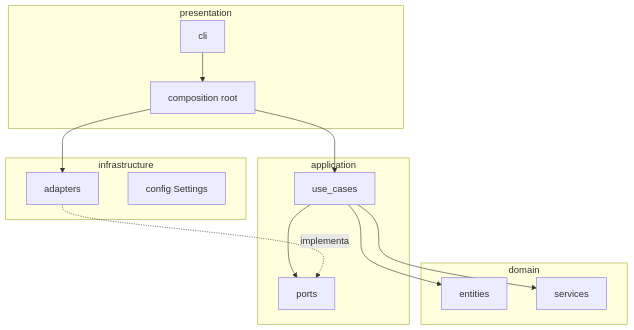
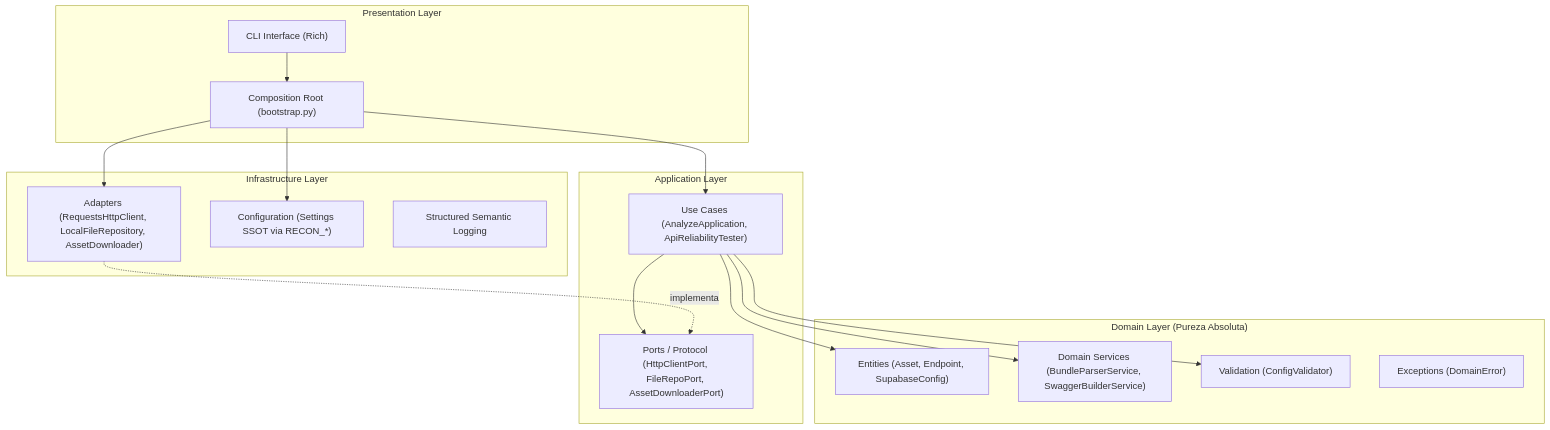
Before and after one commit to victorh-silveira/supabase-recon: the diagram in docs/arquitetura.md, drawn with Mermaid. The commit also changed other lines of this file and 85 other files, not shown here.

````diff
--- a/docs/arquitetura.md
+++ b/docs/arquitetura.md
@@ -7,26 +11,35 @@
 ```mermaid
 flowchart TB
-  subgraph presentation [presentation]
-    CLI[cli]
-    Root[composition root]
-  end
-  subgraph application [application]
-    UC[use_cases]
-    Ports[ports]
-  end
-  subgraph domain [domain]
-    Ent[entities]
-    Svc[services]
-  end
-  subgraph infrastructure [infrastructure]
-    Adapters[adapters]
-    Cfg[config Settings]
-  end
-  CLI --> Root
-  Root --> UC
-  Root --> Adapters
-  UC --> Ports
-  UC --> Ent
-  UC --> Svc
-  Adapters -.->|implementa| Ports
+    subgraph Presentation ["Presentation Layer"]
+        CLI["CLI Interface (Rich)"]
+        Root["Composition Root (bootstrap.py)"]
+    end
+
+    subgraph Application ["Application Layer"]
+        UC["Use Cases (AnalyzeApplication, ApiReliabilityTester)"]
+        Ports["Ports / Protocol (HttpClientPort, FileRepoPort, AssetDownloaderPort)"]
+    end
+
+    subgraph Domain ["Domain Layer (Pureza Absoluta)"]
+        Entities["Entities (Asset, Endpoint, SupabaseConfig)"]
+        Services["Domain Services (BundleParserService, SwaggerBuilderService)"]
+        Validation["Validation (ConfigValidator)"]
+        Exceptions["Exceptions (DomainError)"]
+    end
+
+    subgraph Infrastructure ["Infrastructure Layer"]
+        Adapters["Adapters (RequestsHttpClient, LocalFileRepository, AssetDownloader)"]
+        Config["Configuration (Settings SSOT via RECON_*)"]
+        Logging["Structured Semantic Logging"]
+    end
+
+    CLI --> Root
+    Root --> UC
+    Root --> Adapters
+    Root --> Config
+    UC --> Ports
+    UC --> Entities
+    UC --> Services
+    UC --> Validation
+    Adapters -.->|implementa| Ports
 ```
````
